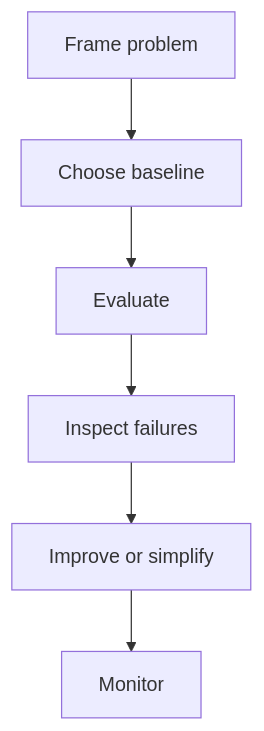
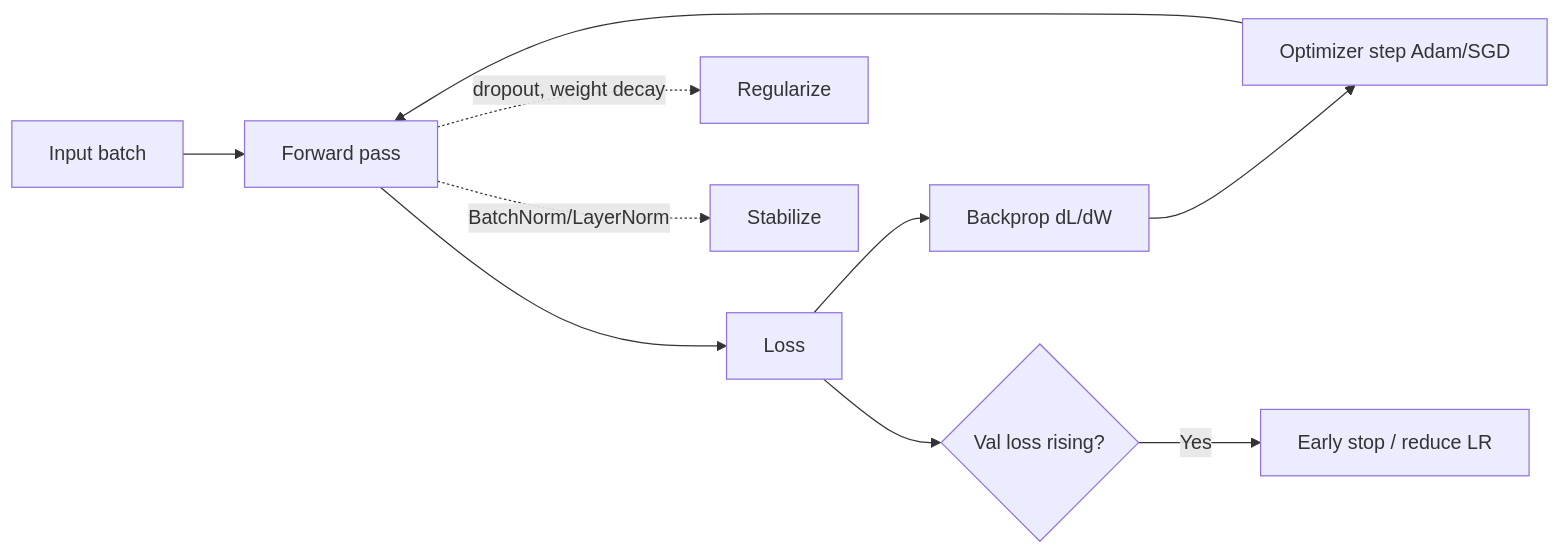
The diagram in cheatsheets/07-deep-learning-cheatsheet.md (Icon1cc/Machine-Learning), drawn with Mermaid before and after one commit. The commit also changed other lines of this file and 118 other files, not shown here.

````diff
--- a/cheatsheets/07-deep-learning-cheatsheet.md
+++ b/cheatsheets/07-deep-learning-cheatsheet.md
@@ -56,8 +65,12 @@
 ```mermaid
-flowchart TD
-    A[Frame problem] --> B[Choose baseline]
-    B --> C[Evaluate]
-    C --> D[Inspect failures]
-    D --> E[Improve or simplify]
-    E --> F[Monitor]
+flowchart LR
+    A[Input batch] --> B[Forward pass]
+    B --> C[Loss]
+    C --> D[Backprop dL/dW]
+    D --> E[Optimizer step Adam/SGD]
+    E --> B
+    B -. dropout, weight decay .-> F[Regularize]
+    B -. BatchNorm/LayerNorm .-> G[Stabilize]
+    C --> H{Val loss rising?}
+    H -- Yes --> I[Early stop / reduce LR]
 ```
````
